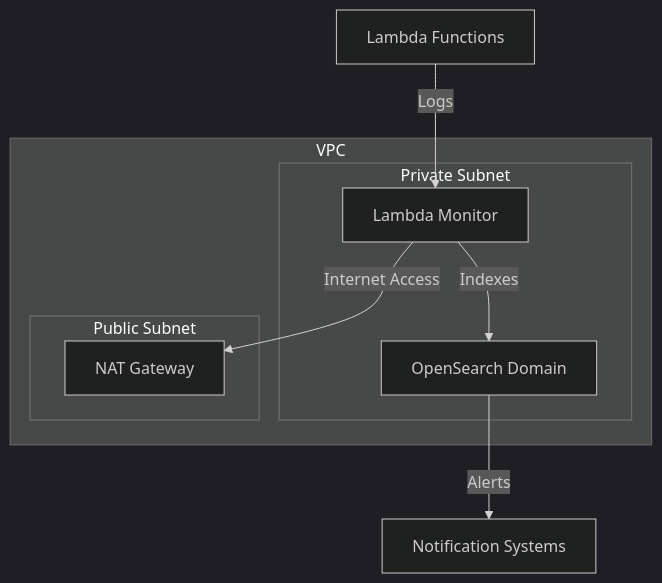
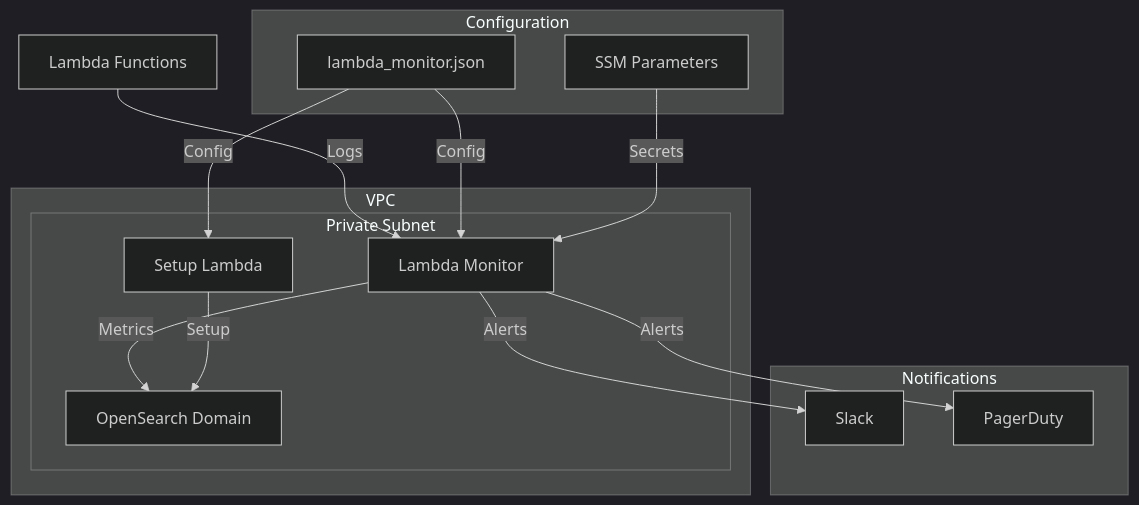
Before and after one commit to cloudon-one/opensearch-monitoring: the diagram in lambda/README.md, drawn with Mermaid (dark theme). The commit also changed other lines of this file and 3 other files, not shown here.

````diff
--- a/lambda/README.md
+++ b/lambda/README.md
@@ -54,17 +43,29 @@
 ```mermaid
 graph TB
     subgraph VPC
         subgraph Private Subnet
             B[Lambda Monitor]
             C[OpenSearch Domain]
-        end
-        subgraph Public Subnet
-            D[NAT Gateway]
+            D[Setup Lambda]
         end
     end
     
+    subgraph Configuration
+        E[lambda_monitor.json]
+        F[SSM Parameters]
+    end
+    
+    subgraph Notifications
+        G[Slack]
+        H[PagerDuty]
+    end
+    
     A[Lambda Functions] -->|Logs| B
-    B -->|Indexes| C
-    B -->|Internet Access| D
-    C -->|Alerts| E[Notification Systems]
+    E -->|Config| B
+    E -->|Config| D
+    B -->|Metrics| C
+    D -->|Setup| C
+    F -->|Secrets| B
+    B -->|Alerts| G
+    B -->|Alerts| H
 ```
````
